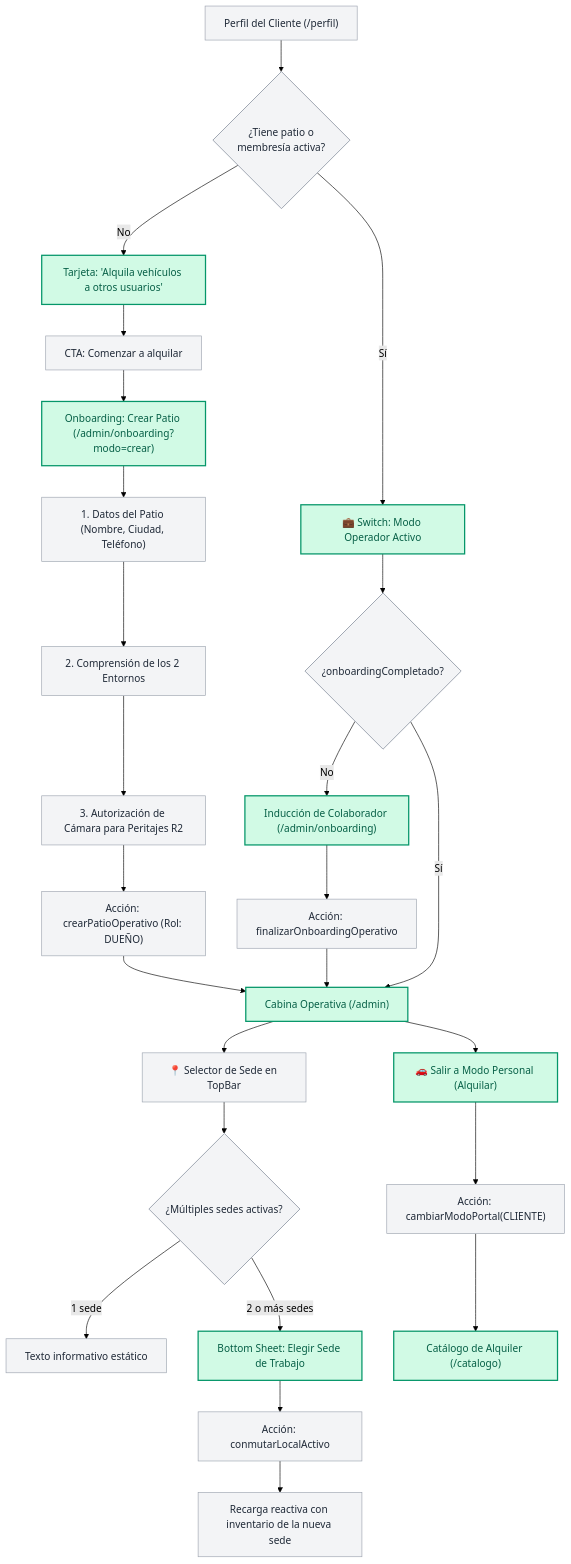
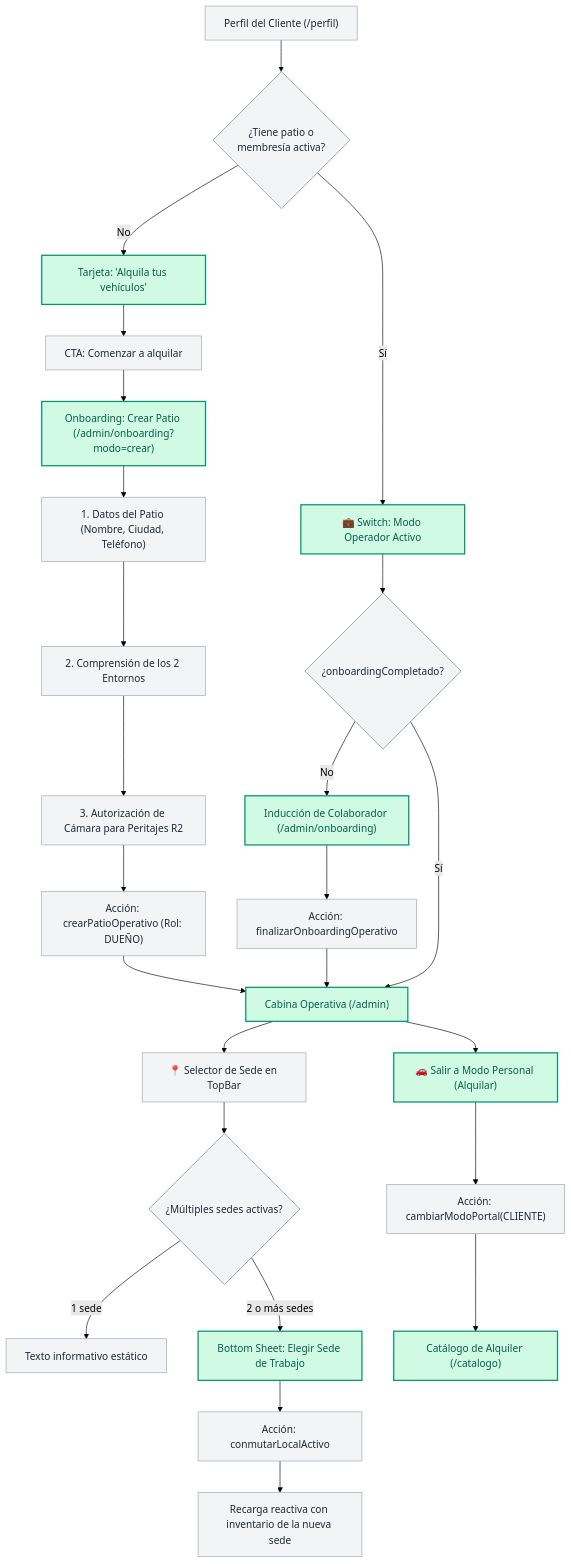
Diagram 15 of 16 in docs/user-flows.md (SantiagoPrada2005/flotax), drawn with Mermaid (forest theme) before and after one commit. The commit also changed other lines of this file and 72 other files, not shown here.

````diff
--- a/docs/user-flows.md
+++ b/docs/user-flows.md
@@ -340,39 +701,39 @@
 ```mermaid
 flowchart TD
     classDef mainScreen fill:#d1fae5,stroke:#059669,stroke-width:2px,color:#065f46;
     classDef subScreen fill:#f3f4f6,stroke:#9ca3af,stroke-width:1px,color:#1f2937;
     classDef decision fill:#f3f4f6,stroke:#9ca3af,stroke-width:1.5px,color:#1f2937;
 
     avatar_cli["Perfil del Cliente (/perfil)"]:::subScreen --> chk_staff{"¿Tiene patio o<br>membresía activa?"}:::decision
 
-    %% Camino A: No tiene patio -> Oportunidad de Anfitrión
-    chk_staff -- No --> cta_host["Tarjeta: 'Alquila vehículos a otros usuarios'"]:::mainScreen
+    %% Camino A: Crear Patio
+    chk_staff -- No --> cta_host["Tarjeta: 'Alquila tus vehículos'"]:::mainScreen
     cta_host --> btn_start["CTA: Comenzar a alquilar"]:::subScreen
     btn_start --> screen_onb_create["Onboarding: Crear Patio (/admin/onboarding?modo=crear)"]:::mainScreen
     screen_onb_create --> step_biz["1. Datos del Patio (Nombre, Ciudad, Teléfono)"]:::subScreen
     step_biz --> step_switch_guide["2. Comprensión de los 2 Entornos"]:::subScreen
     step_switch_guide --> step_cam_biz["3. Autorización de Cámara para Peritajes R2"]:::subScreen
     step_cam_biz --> act_create_patio["Acción: crearPatioOperativo (Rol: DUEÑO)"]:::subScreen
     act_create_patio --> screen_admin["Cabina Operativa (/admin)"]:::mainScreen
 
-    %% Camino B: Ya tiene patio -> Switch Directo
+    %% Camino B: Switch Directo
     chk_staff -- Sí --> opt_switch["💼 Switch: Modo Operador Activo"]:::mainScreen
     opt_switch --> chk_onb{"¿onboardingCompletado?"}:::decision
     chk_onb -- No --> screen_onb_ind["Inducción de Colaborador (/admin/onboarding)"]:::mainScreen
     screen_onb_ind --> act_finish["Acción: finalizarOnboardingOperativo"]:::subScreen
     act_finish --> screen_admin
     chk_onb -- Sí --> screen_admin
 
     %% Conmutación Multi-Sede
     screen_admin --> topbar_sede["📍 Selector de Sede en TopBar"]:::subScreen
     topbar_sede --> chk_sedes{"¿Múltiples sedes activas?"}:::decision
     chk_sedes -- 1 sede --> info_fija["Texto informativo estático"]:::subScreen
     chk_sedes -- 2 o más sedes --> sheet_sedes["Bottom Sheet: Elegir Sede de Trabajo"]:::mainScreen
     sheet_sedes --> act_switch_sede["Acción: conmutarLocalActivo"]:::subScreen
     act_switch_sede --> reload_sede["Recarga reactiva con inventario de la nueva sede"]:::subScreen
 
     %% Retorno a Cliente
     screen_admin --> opt_exit["🚗 Salir a Modo Personal (Alquilar)"]:::mainScreen
     opt_exit --> act_to_client["Acción: cambiarModoPortal(CLIENTE)"]:::subScreen
     act_to_client --> screen_cat["Catálogo de Alquiler (/catalogo)"]:::mainScreen
 ```
````
